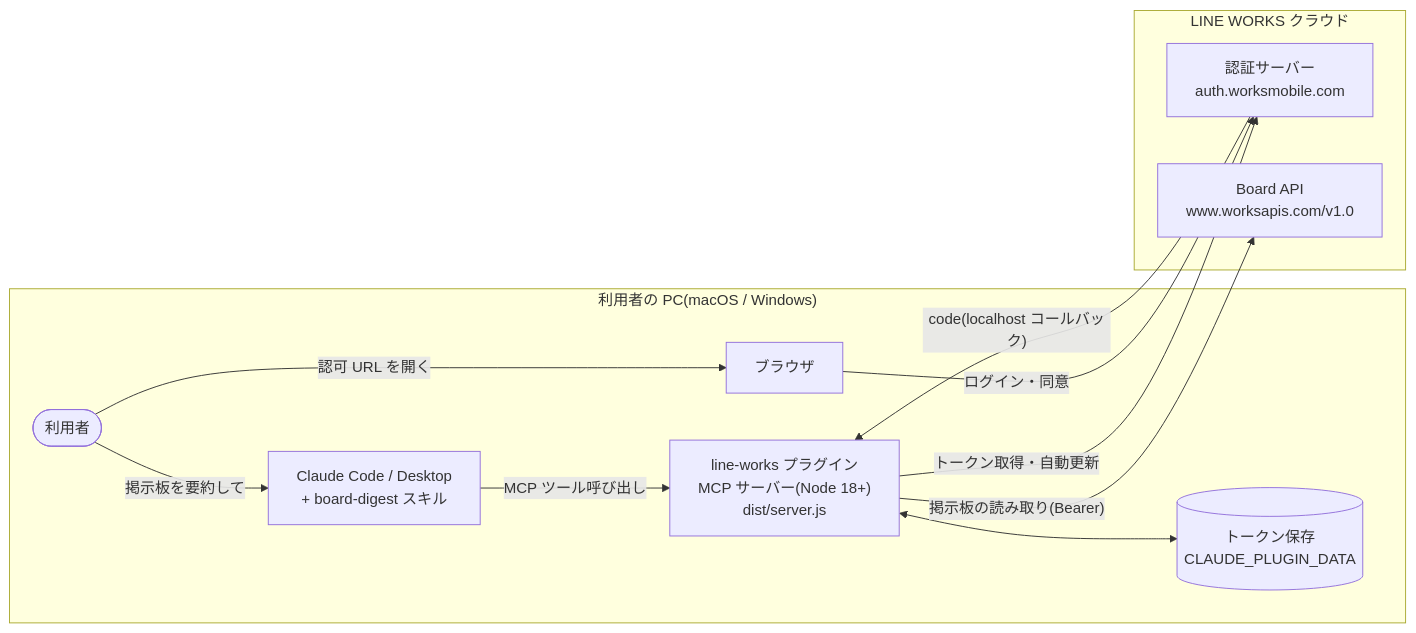
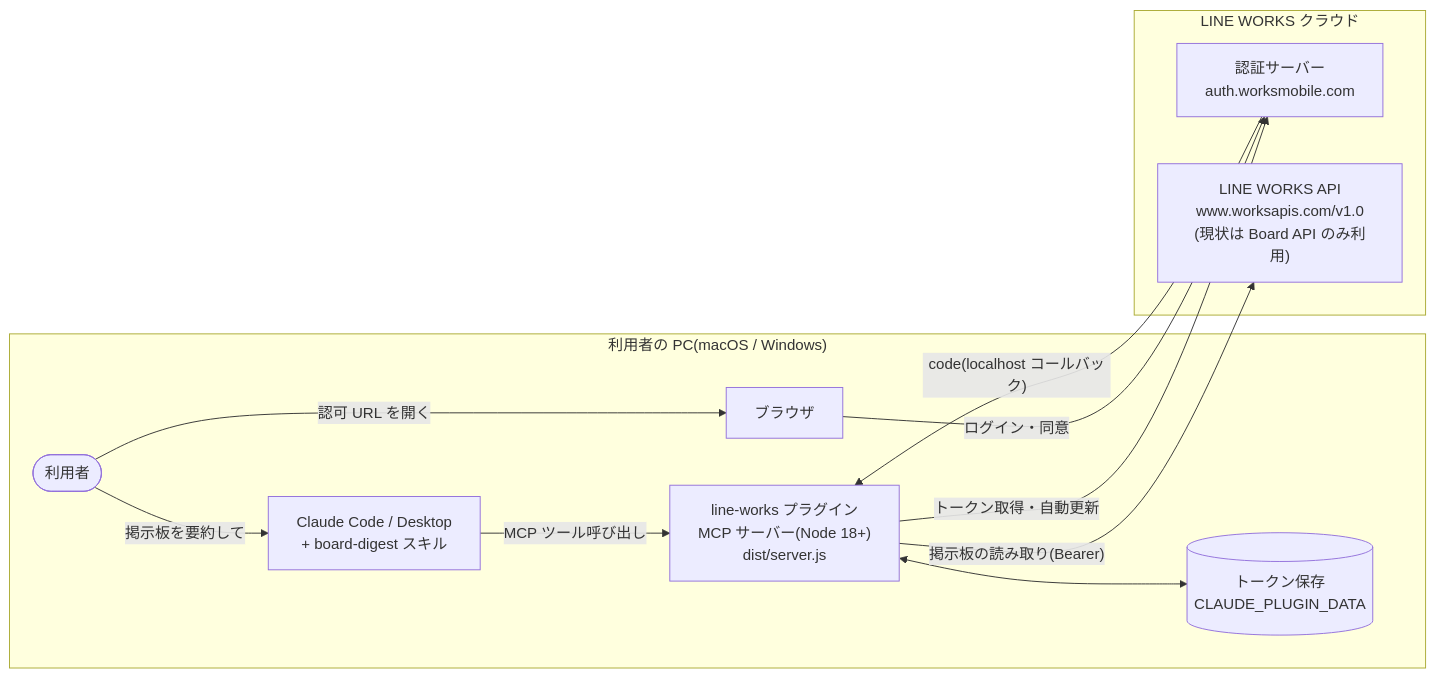
The first of 2 diagrams in README.md (aalto-consulting-inc/claude-line-works), drawn with Mermaid before and after one commit. The commit also changed other lines of this file and 9 other files, not shown here.

First line of the commit message:
docs: LINE WORKS 全般の MCP として表記を一般化(現状の対応は掲示板のみ)

````diff
--- a/README.md
+++ b/README.md
@@ -50,22 +64,22 @@
 ```mermaid
 graph LR
     subgraph PC["利用者の PC(macOS / Windows)"]
         User(["利用者"])
         Claude["Claude Code / Desktop<br/>+ board-digest スキル"]
         MCP["line-works プラグイン<br/>MCP サーバー(Node 18+)<br/>dist/server.js"]
         Token[("トークン保存<br/>CLAUDE_PLUGIN_DATA")]
         Browser["ブラウザ"]
     end
     subgraph LW["LINE WORKS クラウド"]
         Auth["認証サーバー<br/>auth.worksmobile.com"]
-        API["Board API<br/>www.worksapis.com/v1.0"]
+        API["LINE WORKS API<br/>www.worksapis.com/v1.0<br/>(現状は Board API のみ利用)"]
     end
     User -- "掲示板を要約して" --> Claude
     Claude -- "MCP ツール呼び出し" --> MCP
     MCP <--> Token
     MCP -- "トークン取得・自動更新" --> Auth
     MCP -- "掲示板の読み取り(Bearer)" --> API
     User -- "認可 URL を開く" --> Browser
     Browser -- "ログイン・同意" --> Auth
     Auth -- "code(localhost コールバック)" --> MCP
 ```
````
